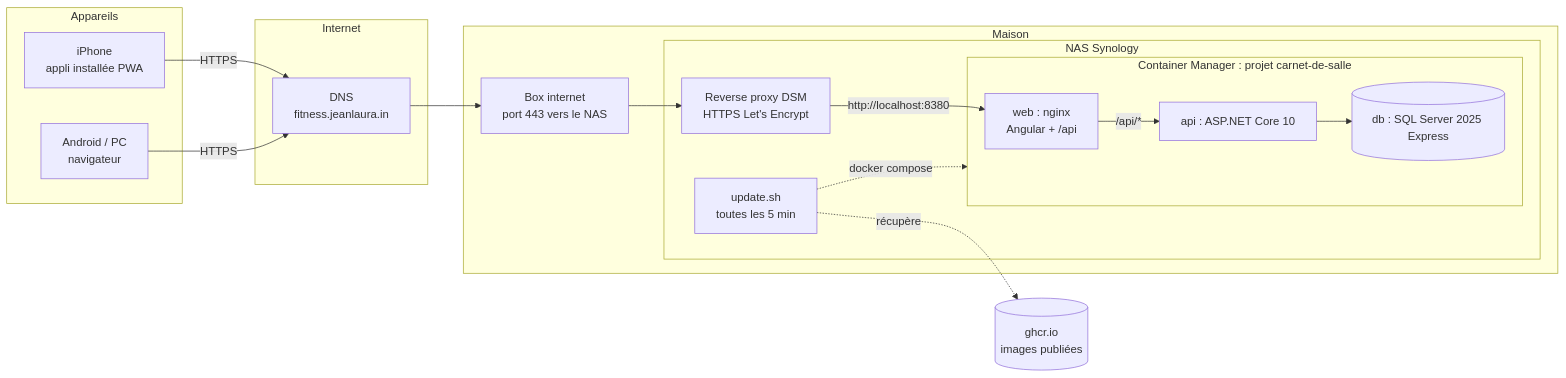
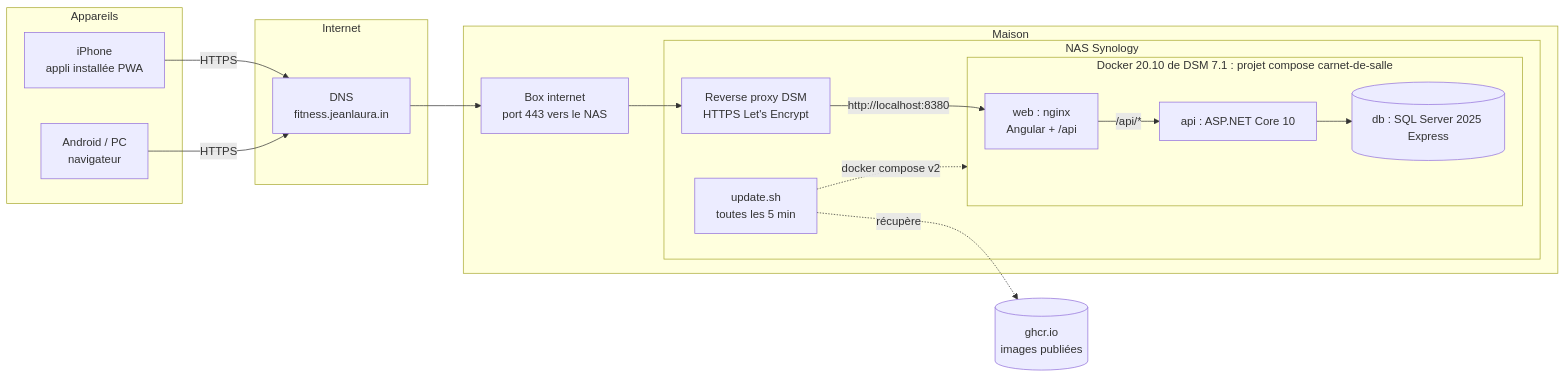
Before and after one commit to JeanLaurain/carnet-de-salle: the first of 2 diagrams in docs/architecture.md, drawn with Mermaid. The commit also changed other lines of this file and 14 other files, not shown here.

First line of the commit message:
deploy: compatibilité DSM 7.1 (paquet Docker, Docker 20.10.3)

````diff
--- a/docs/architecture.md
+++ b/docs/architecture.md
@@ -5,27 +5,27 @@
 ```mermaid
 flowchart LR
     subgraph Appareils
       I[iPhone<br/>appli installée PWA]
       A[Android / PC<br/>navigateur]
     end
     subgraph Internet
       DNS[DNS<br/>fitness.jeanlaura.in]
     end
     subgraph Maison
       BOX[Box internet<br/>port 443 vers le NAS]
       subgraph NAS[NAS Synology]
         RP[Reverse proxy DSM<br/>HTTPS Let's Encrypt]
-        subgraph Docker[Container Manager : projet carnet-de-salle]
+        subgraph Docker[Docker 20.10 de DSM 7.1 : projet compose carnet-de-salle]
           WEB[web : nginx<br/>Angular + /api]
           API[api : ASP.NET Core 10]
           DB[(db : SQL Server 2025 Express)]
         end
         UPD[update.sh<br/>toutes les 5 min]
       end
     end
     GHCR[(ghcr.io<br/>images publiées)]
     I & A -->|HTTPS| DNS --> BOX --> RP -->|http://localhost:8380| WEB
     WEB -->|/api/*| API --> DB
-    UPD -.->|docker compose| Docker
+    UPD -.->|docker compose v2| Docker
     UPD -.->|récupère| GHCR
 ```
````
